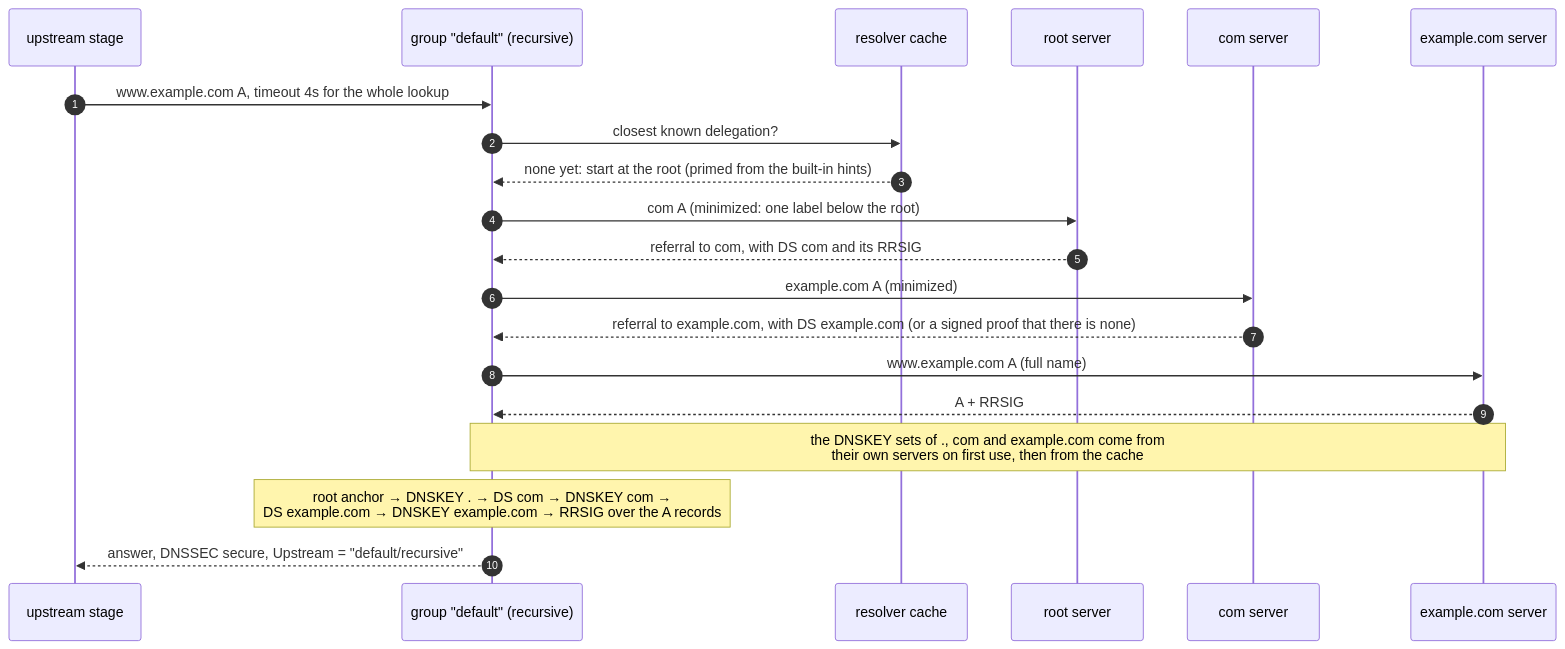
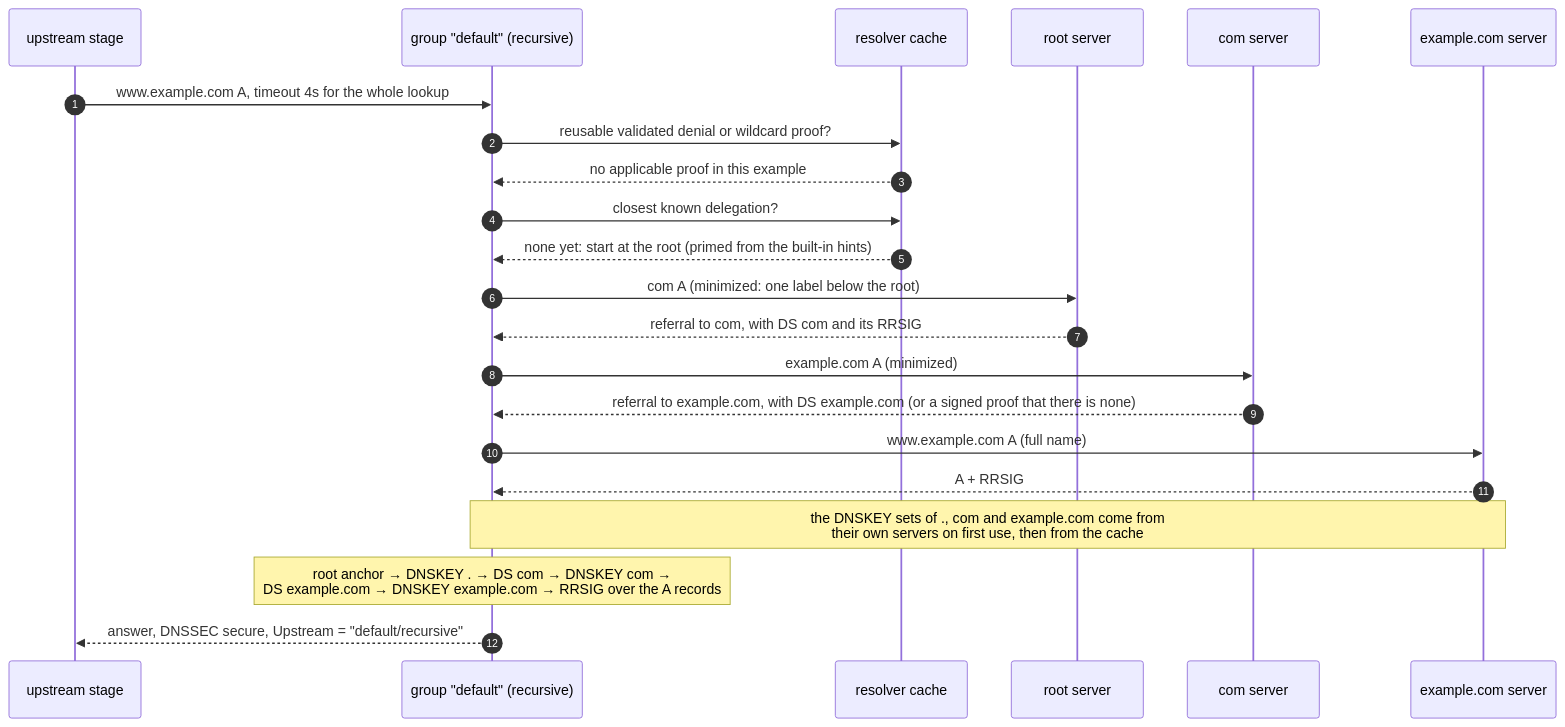
Before and after one commit to robertherbaugh/kudurru: the sixth of 10 diagrams in docs/architecture/upstreams-and-cache.md, drawn with Mermaid. The commit also changed other lines of this file and 12 other files, not shown here.

````diff
--- a/docs/architecture/upstreams-and-cache.md
+++ b/docs/architecture/upstreams-and-cache.md
@@ -238,22 +238,24 @@
 ```mermaid
 sequenceDiagram
     autonumber
     participant St as upstream stage
     participant G as group "default" (recursive)
     participant C as resolver cache
     participant R as root server
     participant T as com server
     participant E as example.com server
     St->>G: www.example.com A, timeout 4s for the whole lookup
+    G->>C: reusable validated denial or wildcard proof?
+    C-->>G: no applicable proof in this example
     G->>C: closest known delegation?
     C-->>G: none yet: start at the root (primed from the built-in hints)
     G->>R: com A (minimized: one label below the root)
     R-->>G: referral to com, with DS com and its RRSIG
     G->>T: example.com A (minimized)
     T-->>G: referral to example.com, with DS example.com (or a signed proof that there is none)
     G->>E: www.example.com A (full name)
     E-->>G: A + RRSIG
     Note over G,E: the DNSKEY sets of ., com and example.com come from<br/>their own servers on first use, then from the cache
     Note over G: root anchor → DNSKEY . → DS com → DNSKEY com →<br/>DS example.com → DNSKEY example.com → RRSIG over the A records
     G-->>St: answer, DNSSEC secure, Upstream = "default/recursive"
 ```
````
